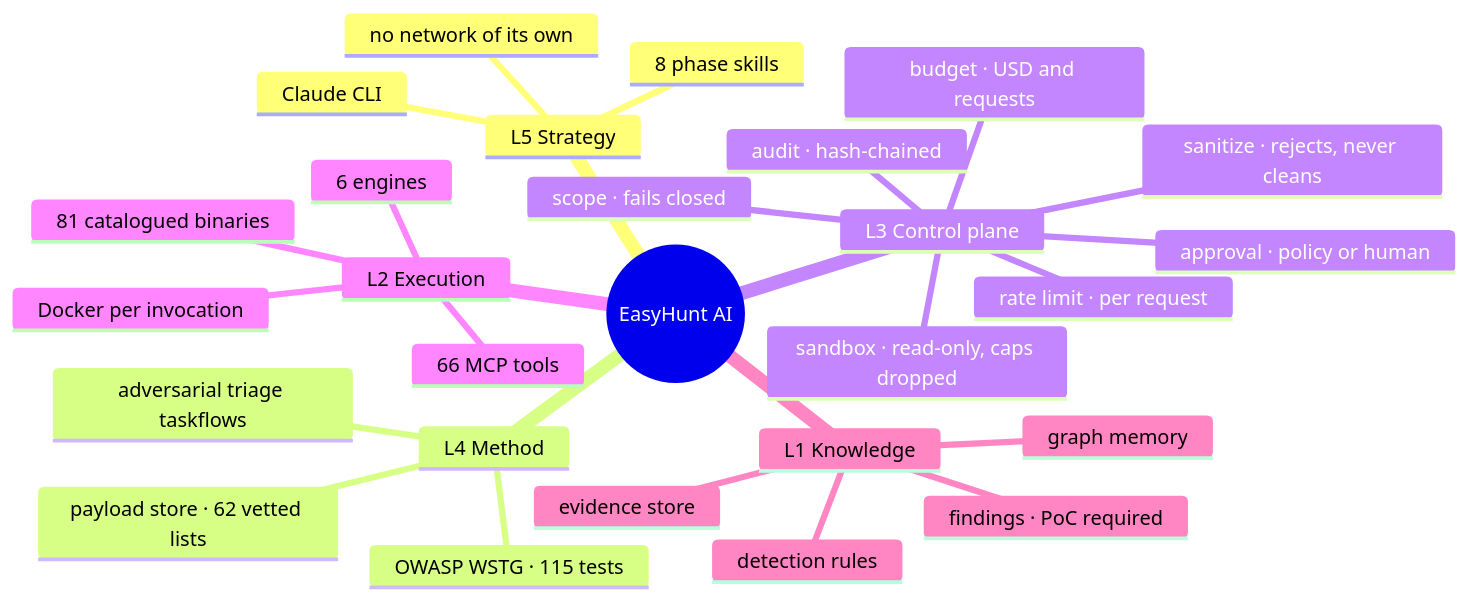
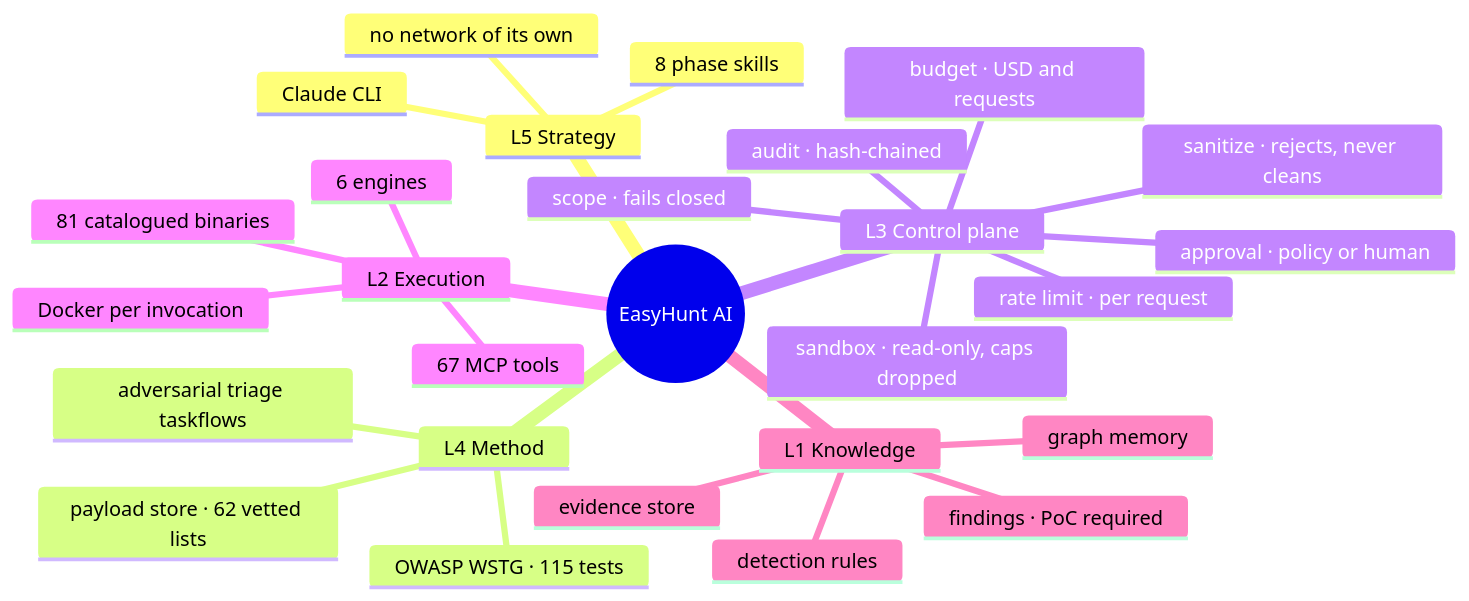
Before and after one commit to iamsecure1920/Cordon-AI: the second of 4 diagrams in README.md, drawn with Mermaid. The commit also changed other lines of this file, not shown here.

````diff
--- a/README.md
+++ b/README.md
@@ -107,30 +107,30 @@
 ```mermaid
 mindmap
   root((EasyHunt AI))
     L5 Strategy
       Claude CLI
       no network of its own
       8 phase skills
     L4 Method
       OWASP WSTG · 115 tests
       adversarial triage taskflows
       payload store · 62 vetted lists
     L3 Control plane
       scope · fails closed
       sanitize · rejects, never cleans
       budget · USD and requests
       rate limit · per request
       approval · policy or human
       sandbox · read-only, caps dropped
       audit · hash-chained
     L2 Execution
-      66 MCP tools
+      67 MCP tools
       81 catalogued binaries
       6 engines
       Docker per invocation
     L1 Knowledge
       findings · PoC required
       graph memory
       detection rules
       evidence store
 ```
````
